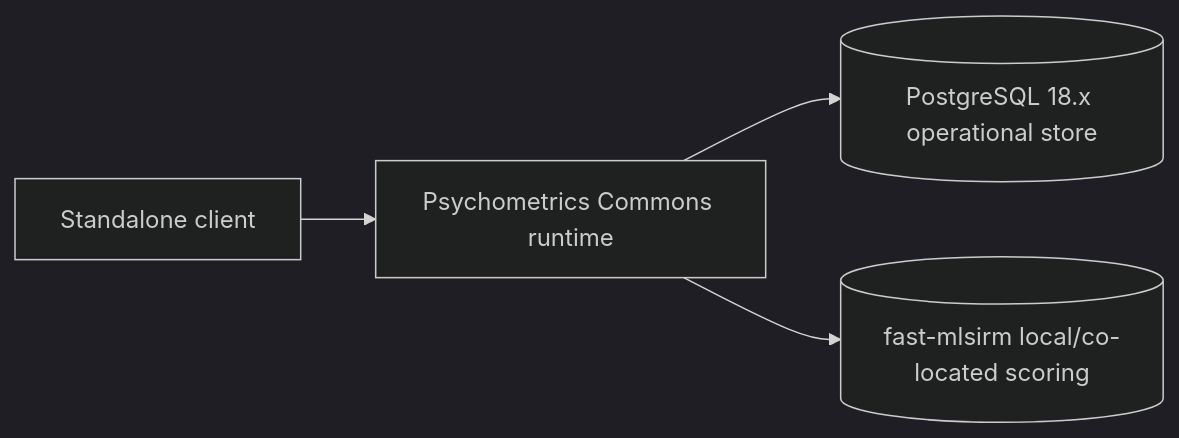
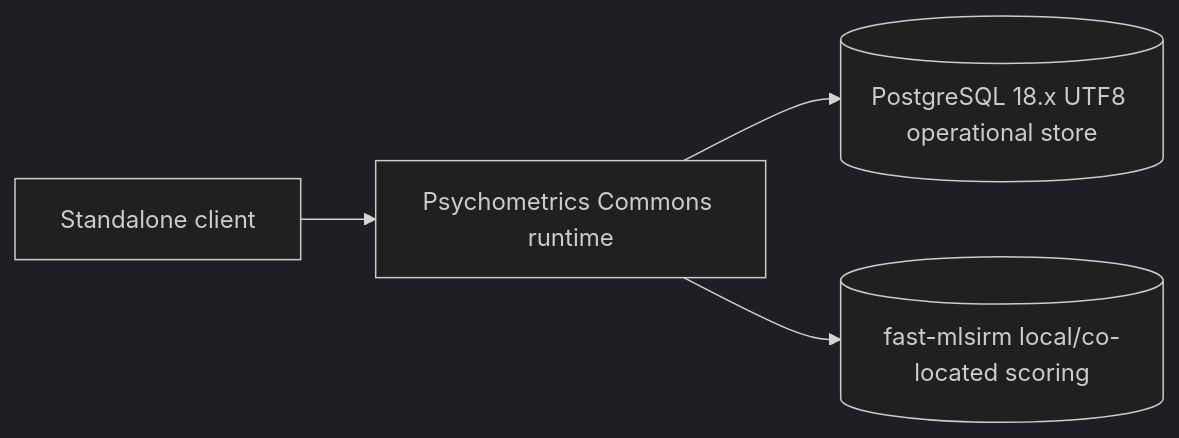
One commit to ContextualWisdomLab/psychometrics-commons changed the first of 2 diagrams in docs/architecture/DEPLOYMENT_AND_OPERATIONS.md. Above: the diagram before and after it, drawn with Mermaid (dark theme). The commit also changed other lines of this file, not shown here.

Commit message:
docs(ops): record PostgreSQL UTF8 readiness contract

````diff
--- a/docs/architecture/DEPLOYMENT_AND_OPERATIONS.md
+++ b/docs/architecture/DEPLOYMENT_AND_OPERATIONS.md
@@ -16,11 +16,11 @@
 ```mermaid
 flowchart LR
     client[Standalone client]
     runtime[Psychometrics Commons runtime]
-    db[(PostgreSQL 18.x operational store)]
+    db[(PostgreSQL 18.x UTF8 operational store)]
     fast[(fast-mlsirm local/co-located scoring)]
 
     client --> runtime
     runtime --> db
     runtime --> fast
 ```
````
